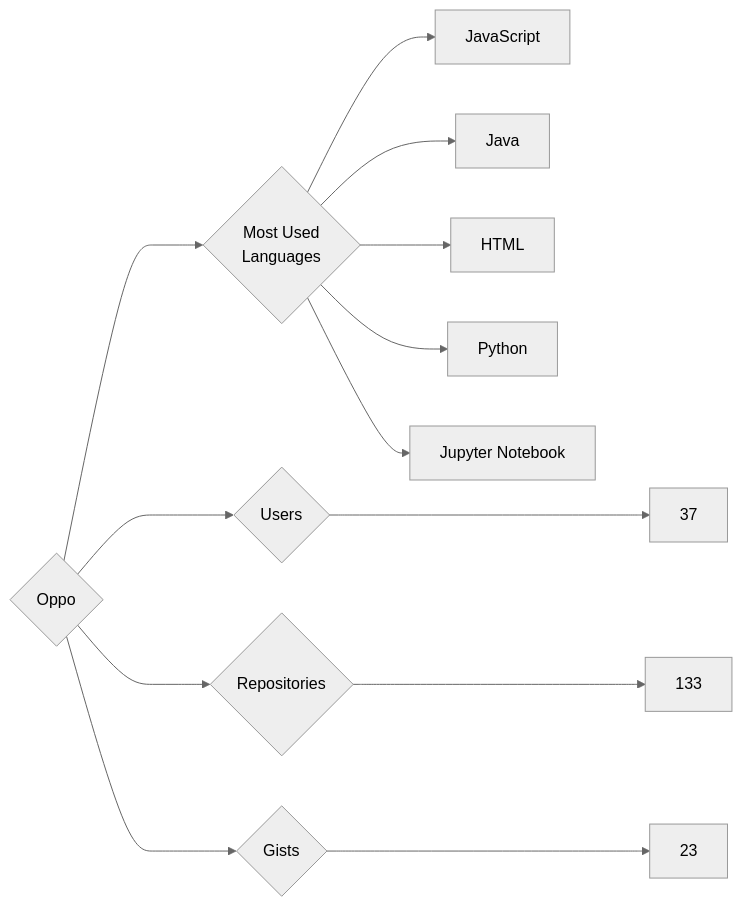
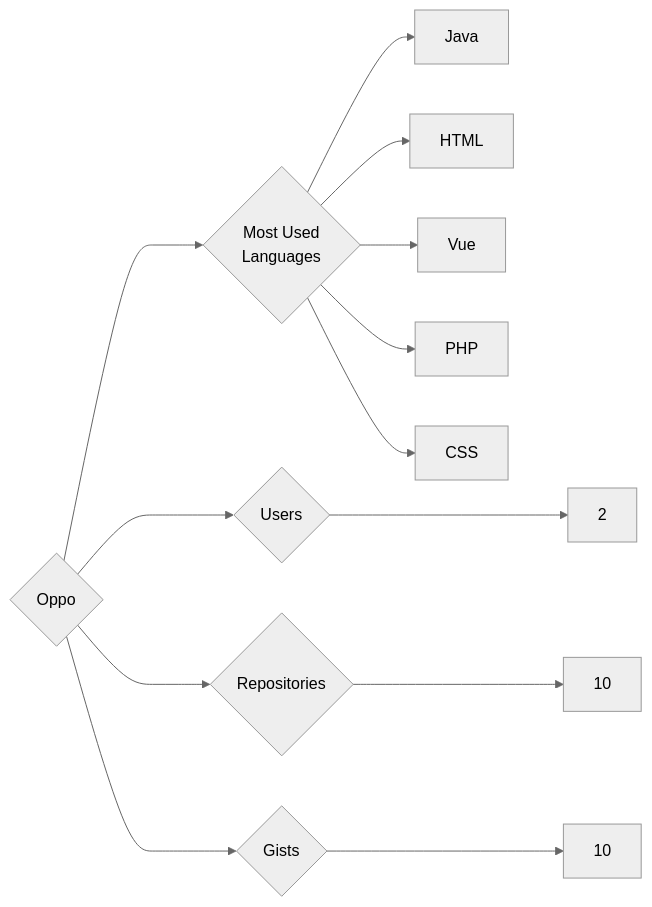
The diagram in targets/Oppo/README.md (trickest/insiders), drawn with Mermaid (neutral theme) before and after one commit. The commit also changed 964 other files, not shown here.

````diff
--- a/targets/Oppo/README.md
+++ b/targets/Oppo/README.md
@@ -3,13 +3,13 @@
 ```mermaid
 graph LR
 COMPANY_NAME{Oppo}
-COMPANY_NAME ---> U{Users} ---> UN[37]
-COMPANY_NAME ---> R{Repositories} ---> RN[133]
-COMPANY_NAME ---> G{Gists} ---> GN[23]
+COMPANY_NAME ---> U{Users} ---> UN[2]
+COMPANY_NAME ---> R{Repositories} ---> RN[10]
+COMPANY_NAME ---> G{Gists} ---> GN[10]
 COMPANY_NAME ---> ML{Most Used<br>Languages}
-ML --> JavaScript[JavaScript]
 ML --> Java[Java]
 ML --> HTML[HTML]
-ML --> Python[Python]
-ML --> Jupyter_Notebook[Jupyter Notebook]
+ML --> Vue[Vue]
+ML --> PHP[PHP]
+ML --> CSS[CSS]
 ```
````
